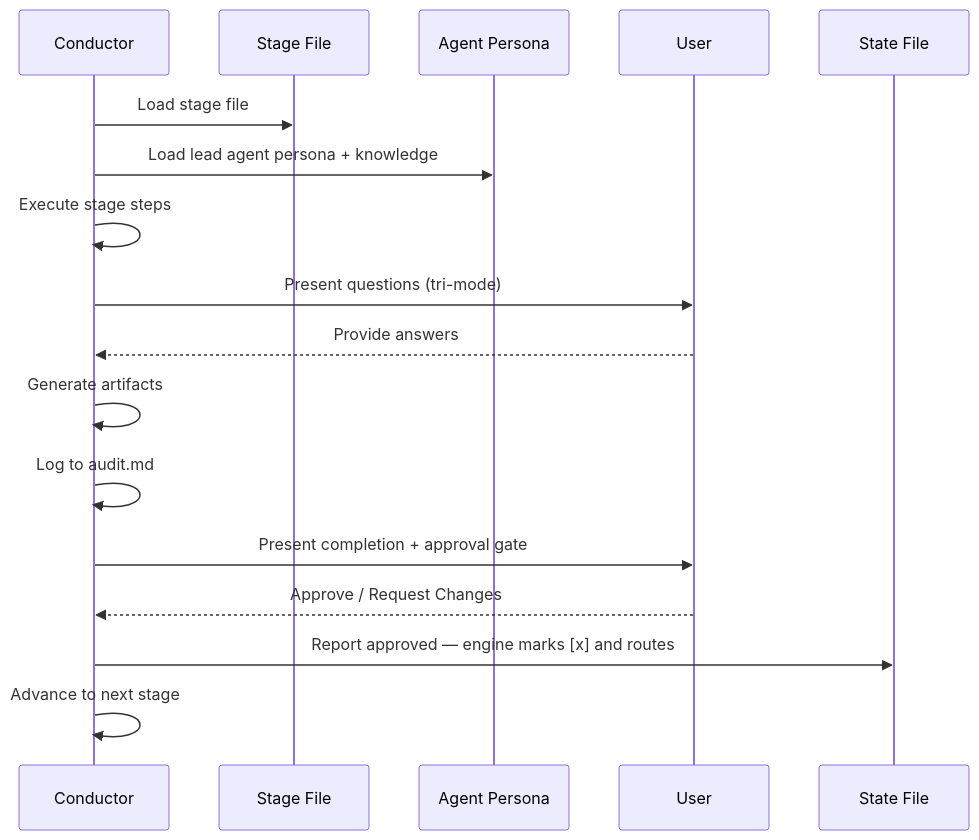
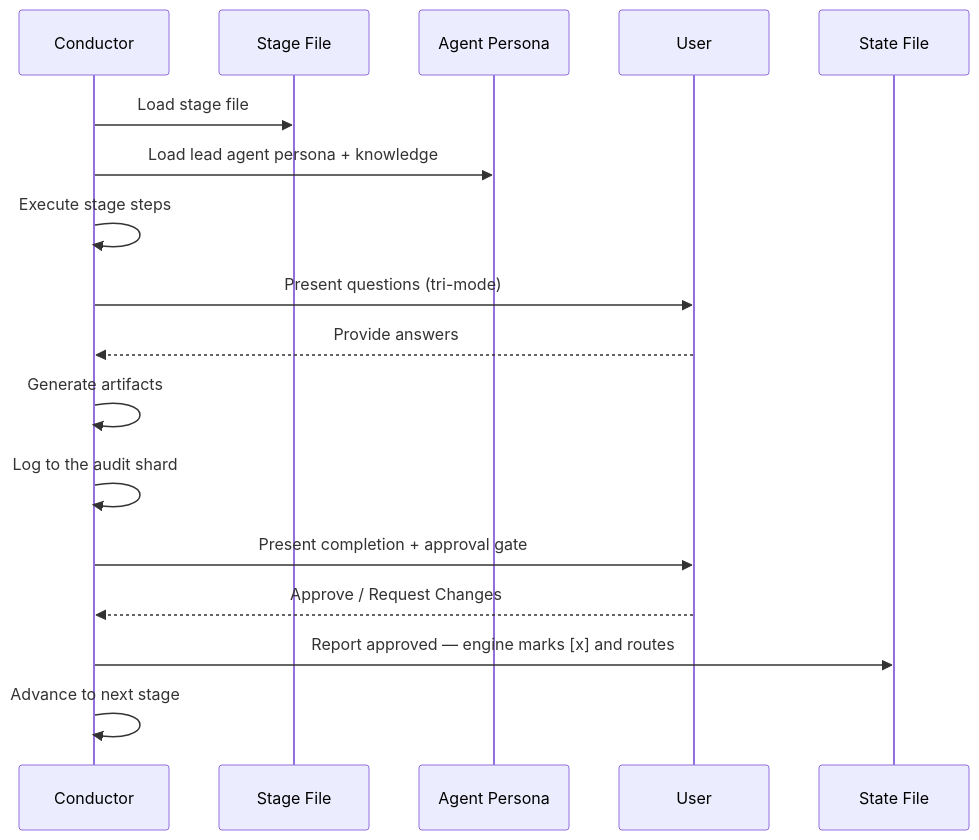
The third of 4 diagrams in docs/reference/en/01-architecture.md (otomatty/aidlc-guide), drawn with Mermaid before and after one commit. The commit also changed other lines of this file and 740 other files, not shown here.

````diff
--- a/docs/reference/en/01-architecture.md
+++ b/docs/reference/en/01-architecture.md
@@ -210,20 +210,20 @@
 ```mermaid
 sequenceDiagram
     participant O as Conductor
     participant S as Stage File
     participant A as Agent Persona
     participant U as User
     participant ST as State File
 
     O->>S: Load stage file
     O->>A: Load lead agent persona + knowledge
     O->>O: Execute stage steps
     O->>U: Present questions (tri-mode)
     U-->>O: Provide answers
     O->>O: Generate artifacts
-    O->>O: Log to audit.md
+    O->>O: Log to the audit shard
     O->>U: Present completion + approval gate
     U-->>O: Approve / Request Changes
     O->>ST: Report approved — engine marks [x] and routes
     O->>O: Advance to next stage
 ```
````
